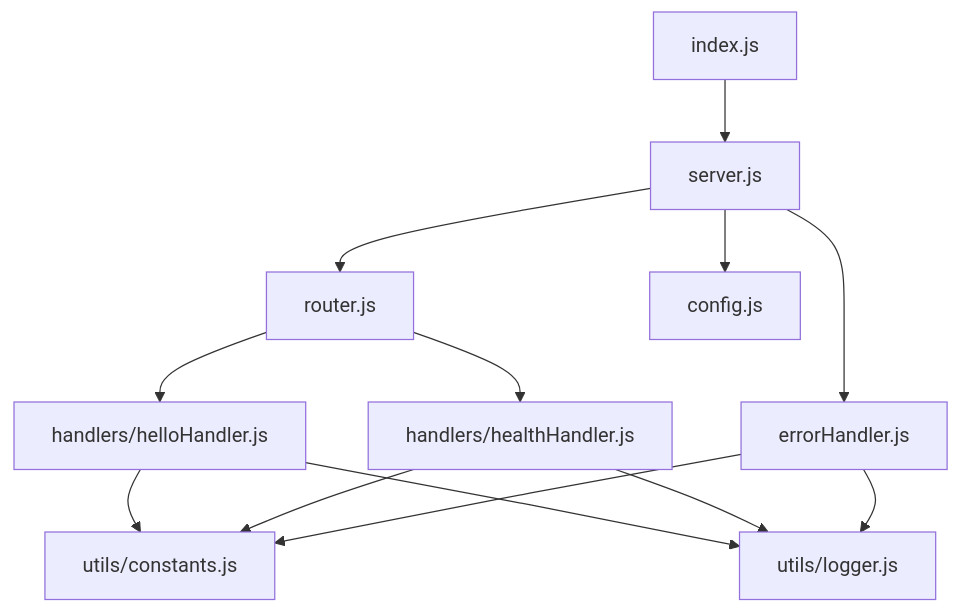
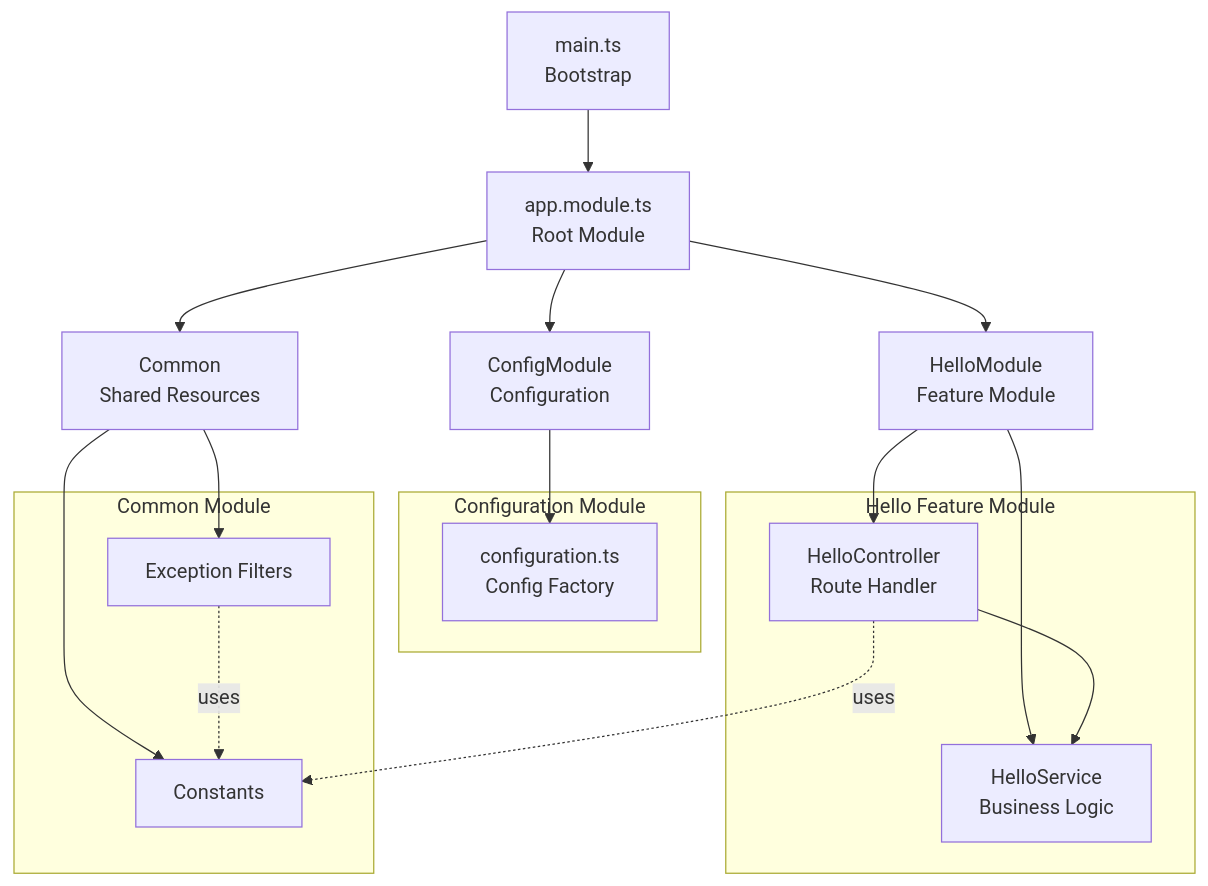
One commit to blitzy-public-samples/hao-backprop-test changed the diagram in src/backend/README.md. Above: the diagram before and after it, drawn with Mermaid. The commit also changed other lines of this file, not shown here.

````diff
--- a/src/backend/README.md
+++ b/src/backend/README.md
@@ -30,15 +51,33 @@
 ```mermaid
 graph TD
-    A[index.js] --> B[server.js]
-    B --> C[router.js]
-    C --> D1[handlers/helloHandler.js]
-    C --> D2[handlers/healthHandler.js]
-    B --> E[errorHandler.js]
-    B --> F[config.js]
-    D1 --> G[utils/constants.js]
-    D1 --> H[utils/logger.js]
-    D2 --> G
-    D2 --> H
-    E --> G
-    E --> H
+    A[main.ts<br/>Bootstrap] --> B[app.module.ts<br/>Root Module]
+    B --> C[HelloModule<br/>Feature Module]
+    B --> D[ConfigModule<br/>Configuration]
+    B --> E[Common<br/>Shared Resources]
+    
+    C --> F[HelloController<br/>Route Handler]
+    C --> G[HelloService<br/>Business Logic]
+    F --> G
+    
+    D --> H[configuration.ts<br/>Config Factory]
+    
+    E --> I[Exception Filters]
+    E --> J[Constants]
+    
+    F -.->|uses| J
+    I -.->|uses| J
+    
+    subgraph "Hello Feature Module"
+        F
+        G
+    end
+    
+    subgraph "Configuration Module"
+        H
+    end
+    
+    subgraph "Common Module"
+        I
+        J
+    end
 ```
````
